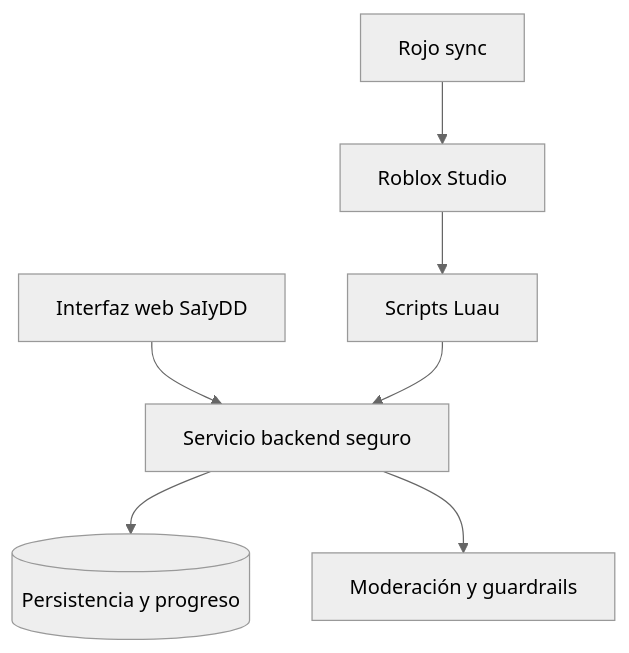
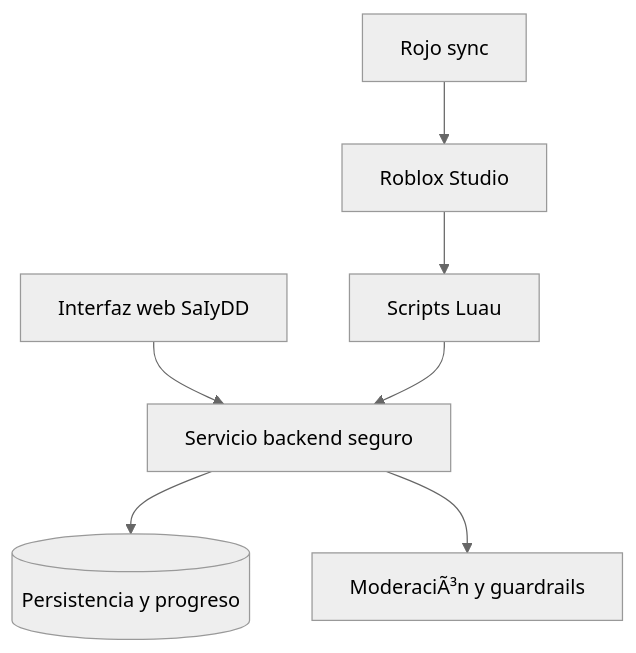
One commit to gproatechnology/GProA_SAIyDD changed the third of 4 diagrams in README.md. Above: the diagram before and after it, drawn with Mermaid (neutral theme). The commit also changed other lines of this file and 2 other files, not shown here.

Commit message:
docs(security): complete item 8 (8.1-8.6) review + add secrets.example + update roadmap

````diff
--- a/README.md
+++ b/README.md
@@ -195,9 +195,9 @@
 ```mermaid
 flowchart TB
     WEB[Interfaz web SaIyDD] --> API[Servicio backend seguro]
     STUDIO[Roblox Studio] --> LU[Scripts Luau]
     LU --> API
     API --> DB[(Persistencia y progreso)]
-    API --> MOD[Moderación y guardrails]
+    API --> MOD[ModeraciÃ³n y guardrails]
     ROJO[Rojo sync] --> STUDIO
 ```
````
